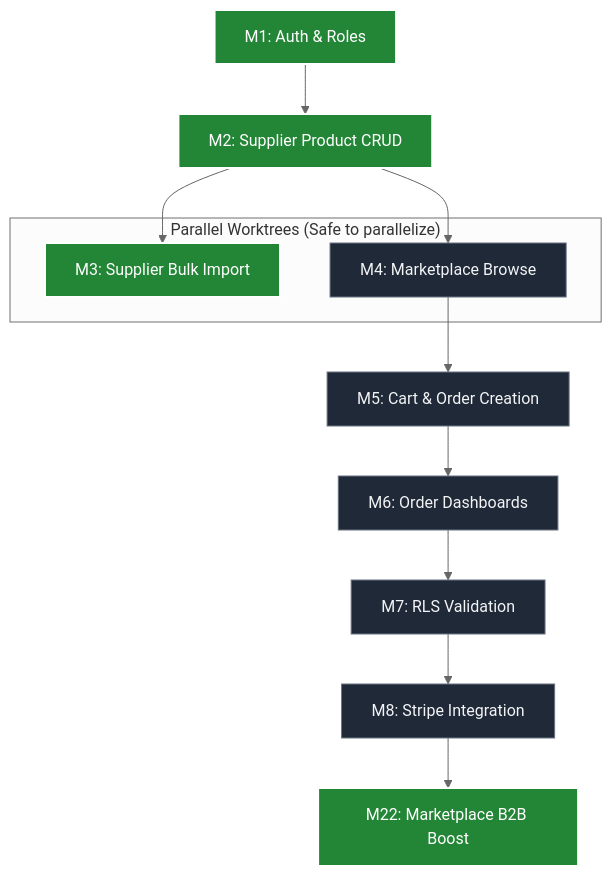
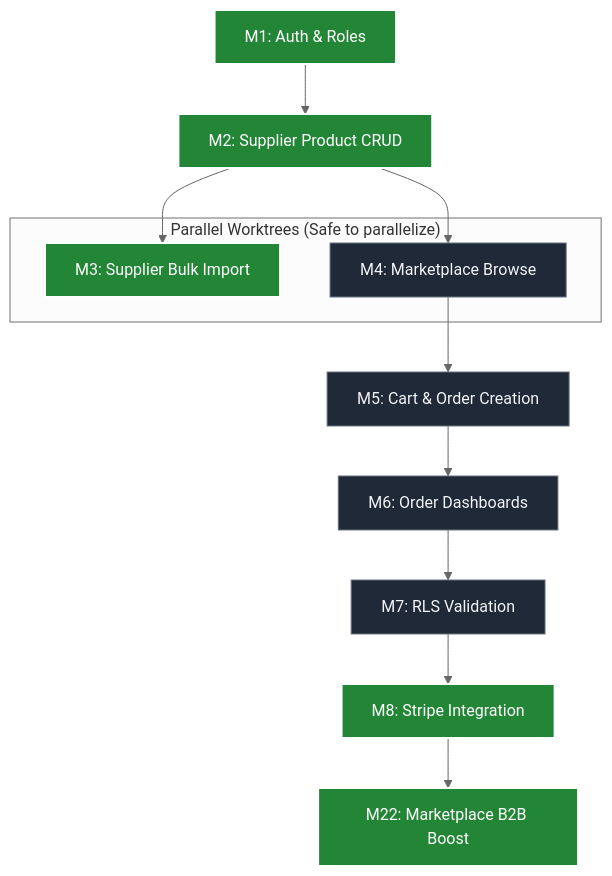
Before and after one commit to ai-huevos/Xbouquet: the diagram in docs/PLAN.md, drawn with Mermaid (neutral theme).

Commit message:
docs: update PLAN.md tracker for M8 completion

````diff
--- a/docs/PLAN.md
+++ b/docs/PLAN.md
@@ -14,23 +14,23 @@
 ```mermaid
 graph TD
     classDef complete fill:#238636,stroke:#fff,stroke-width:2px,color:#fff;
     classDef inprogress fill:#dbab0a,stroke:#fff,stroke-width:2px,color:#000;
     classDef pending fill:#1f2937,stroke:#6b7280,stroke-width:1px,color:#f3f4f6;
 
     M1["M1: Auth & Roles"]:::complete --> M2["M2: Supplier Product CRUD"]:::complete
     
     %% Parallel execution routing
     M2 --> M3["M3: Supplier Bulk Import"]:::complete
     M2 --> M4["M4: Marketplace Browse"]:::pending
     
     M4 --> M5["M5: Cart & Order Creation"]:::pending
     M5 --> M6["M6: Order Dashboards"]:::pending
     M6 --> M7["M7: RLS Validation"]:::pending
-    M7 --> M8["M8: Stripe Integration"]:::pending
+    M7 --> M8["M8: Stripe Integration"]:::complete
     M8 --> M22["M22: Marketplace B2B Boost"]:::complete
 
     subgraph "Parallel Worktrees (Safe to parallelize)"
         M3
         M4
     end
 ```
````
